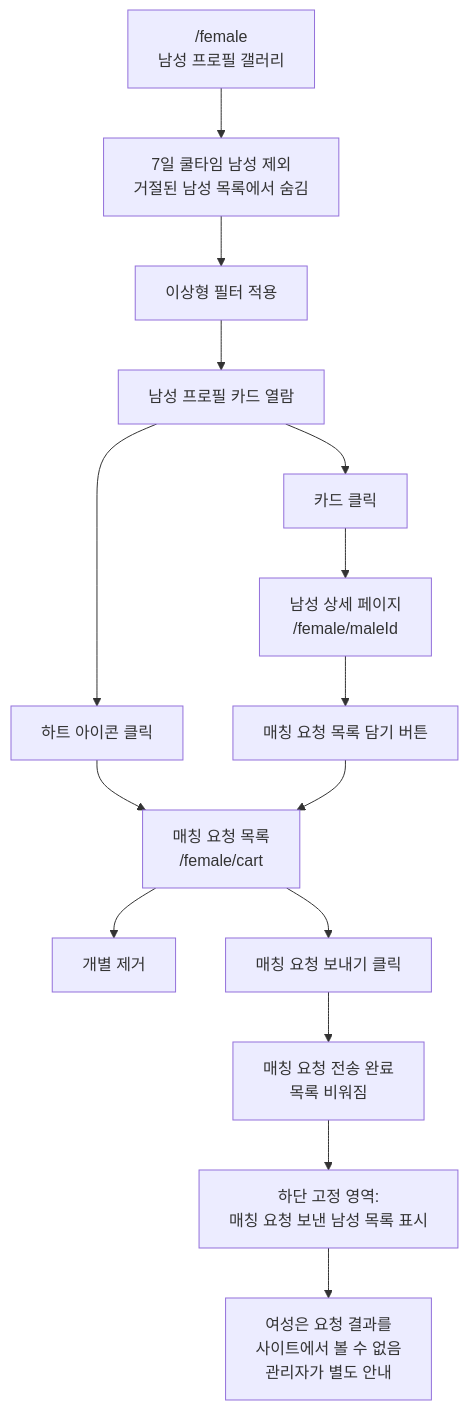
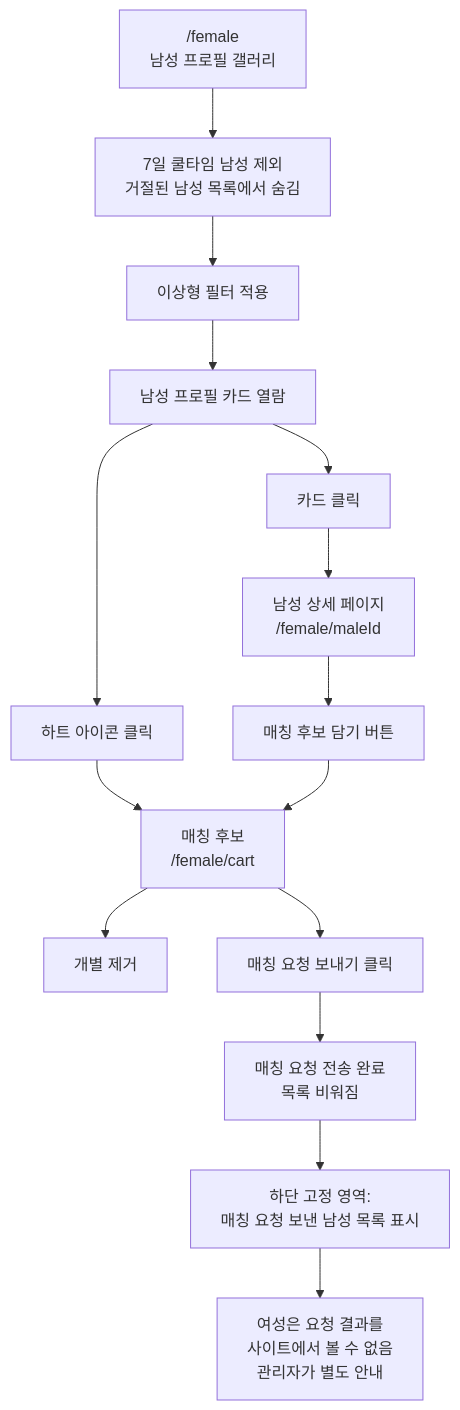
The second of 7 diagrams in docs/SPEC_NOTION.md (modudate/moso), drawn with Mermaid before and after one commit. The commit also changed other lines of this file and 4 other files, not shown here.

````diff
--- a/docs/SPEC_NOTION.md
+++ b/docs/SPEC_NOTION.md
@@ -38,23 +38,23 @@
 ```mermaid
 flowchart TD
     FemaleHome["/female<br>남성 프로필 갤러리"] --> CooldownFilter["7일 쿨타임 남성 제외<br>거절된 남성 목록에서 숨김"]
     CooldownFilter --> Filter[이상형 필터 적용]
     Filter --> BrowseCards[남성 프로필 카드 열람]
 
     BrowseCards --> ClickCard[카드 클릭]
     ClickCard --> MaleDetail["남성 상세 페이지<br>/female/maleId"]
 
     BrowseCards --> HeartIcon[하트 아이콘 클릭]
-    MaleDetail --> HeartBtn[매칭 요청 목록 담기 버튼]
+    MaleDetail --> HeartBtn[매칭 후보 담기 버튼]
 
-    HeartIcon --> Cart["매칭 요청 목록<br>/female/cart"]
+    HeartIcon --> Cart["매칭 후보<br>/female/cart"]
     HeartBtn --> Cart
 
     Cart --> RemoveItem[개별 제거]
     Cart --> SendRequest[매칭 요청 보내기 클릭]
     SendRequest --> RequestSent[매칭 요청 전송 완료<br>목록 비워짐]
 
     RequestSent --> SentList["하단 고정 영역:<br>매칭 요청 보낸 남성 목록 표시"]
 
     SentList --> Note[여성은 요청 결과를<br>사이트에서 볼 수 없음<br>관리자가 별도 안내]
 ```
````
